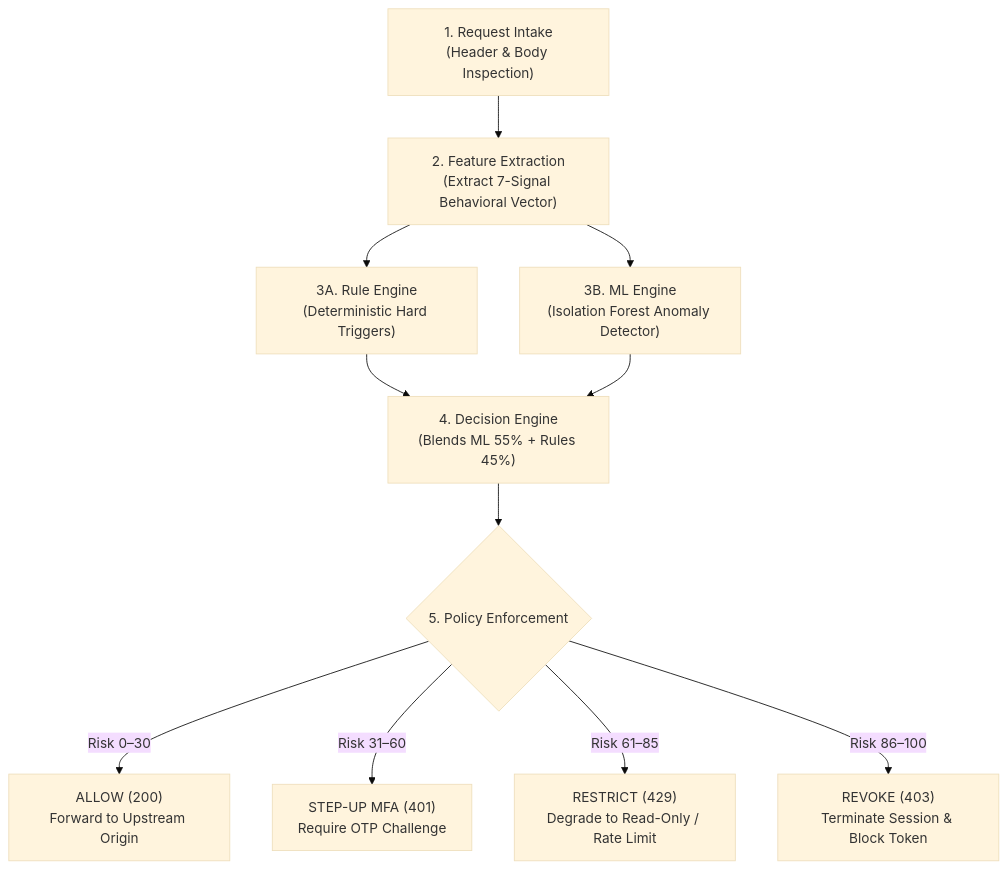
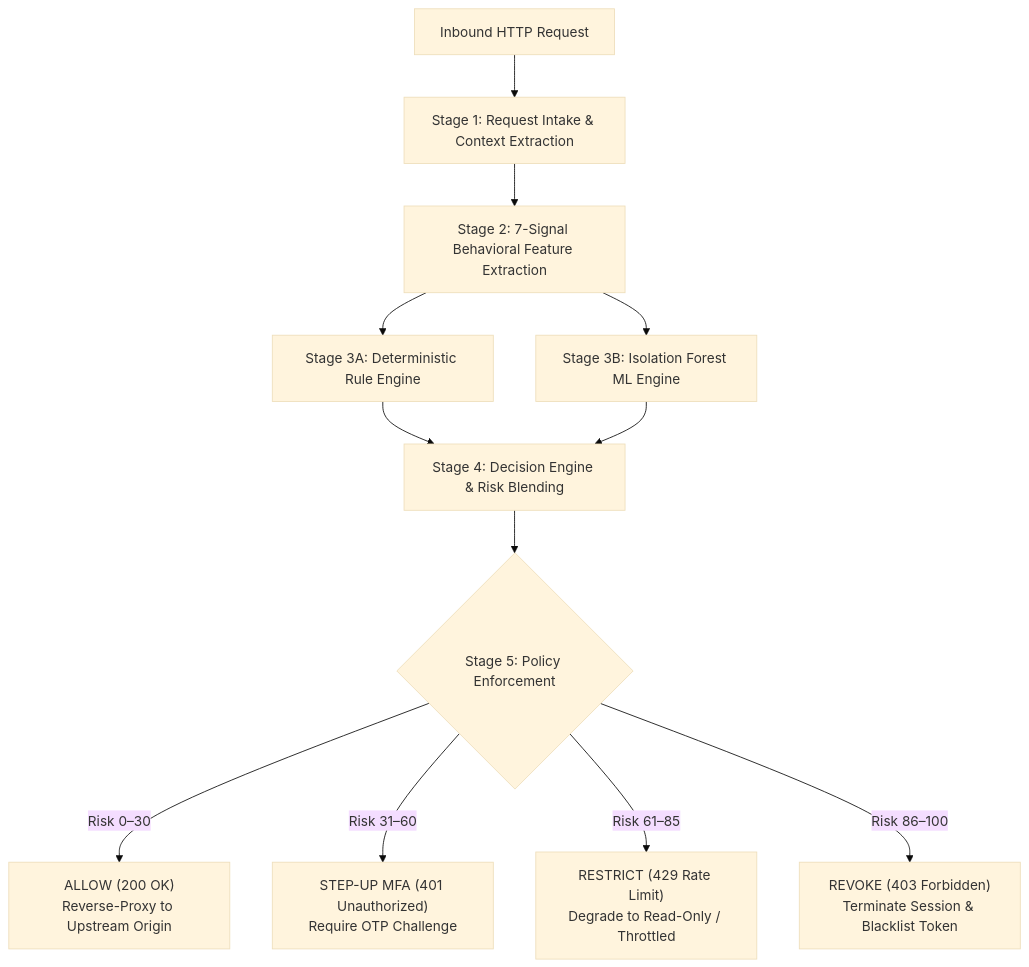
Before and after one commit to sughan-pv770/sentinel: the diagram in README.md, drawn with Mermaid (base theme). The commit also changed other lines of this file and 14 other files, not shown here.

````diff
--- a/README.md
+++ b/README.md
@@ -26,13 +99,14 @@
 ```mermaid
-graph TD
-    A["1. Request Intake<br/>(Header & Body Inspection)"] --> B["2. Feature Extraction<br/>(Extract 7-Signal Behavioral Vector)"]
-    B --> C1["3A. Rule Engine<br/>(Deterministic Hard Triggers)"]
-    B --> C2["3B. ML Engine<br/>(Isolation Forest Anomaly Detector)"]
-    C1 --> D["4. Decision Engine<br/>(Blends ML 55% + Rules 45%)"]
-    C2 --> D
-    D --> E{"5. Policy Enforcement"}
-    E -->|"Risk 0–30"| F["ALLOW (200)<br/>Forward to Upstream Origin"]
-    E -->|"Risk 31–60"| G["STEP-UP MFA (401)<br/>Require OTP Challenge"]
-    E -->|"Risk 61–85"| H["RESTRICT (429)<br/>Degrade to Read-Only / Rate Limit"]
-    E -->|"Risk 86–100"| I["REVOKE (403)<br/>Terminate Session & Block Token"]
+flowchart TD
+    A["Inbound HTTP Request"] --> B["Stage 1: Request Intake & Context Extraction"]
+    B --> C["Stage 2: 7-Signal Behavioral Feature Extraction"]
+    C --> D1["Stage 3A: Deterministic Rule Engine"]
+    C --> D2["Stage 3B: Isolation Forest ML Engine"]
+    D1 --> E["Stage 4: Decision Engine & Risk Blending"]
+    D2 --> E
+    E --> F{"Stage 5: Policy Enforcement"}
+    F -->|"Risk 0–30"| G["ALLOW (200 OK)<br/>Reverse-Proxy to Upstream Origin"]
+    F -->|"Risk 31–60"| H["STEP-UP MFA (401 Unauthorized)<br/>Require OTP Challenge"]
+    F -->|"Risk 61–85"| I["RESTRICT (429 Rate Limit)<br/>Degrade to Read-Only / Throttled"]
+    F -->|"Risk 86–100"| J["REVOKE (403 Forbidden)<br/>Terminate Session & Blacklist Token"]
 ```
````
